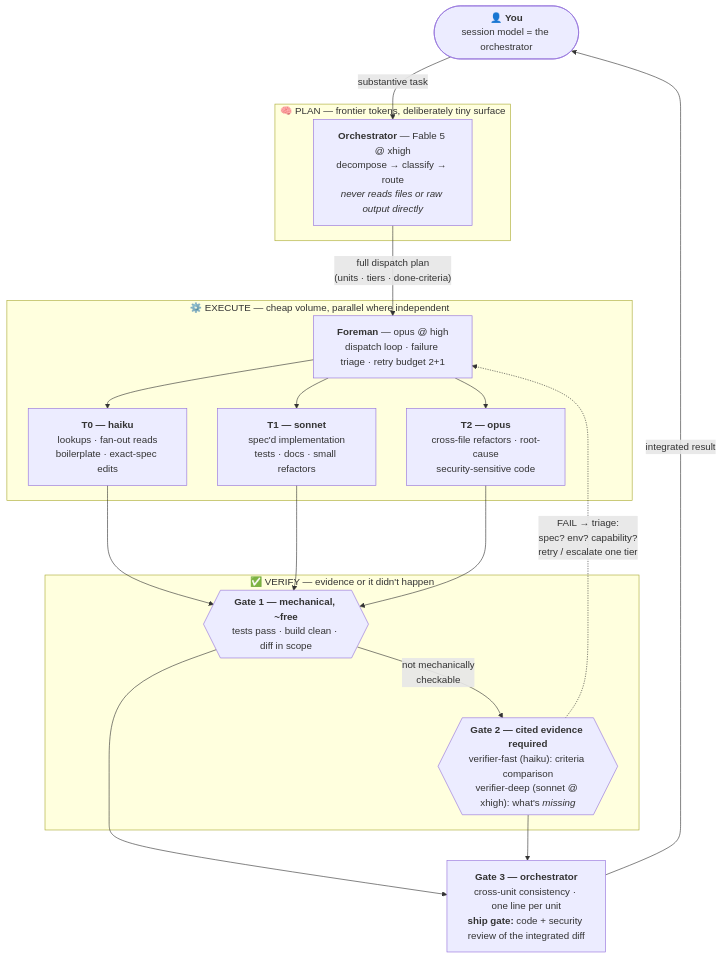
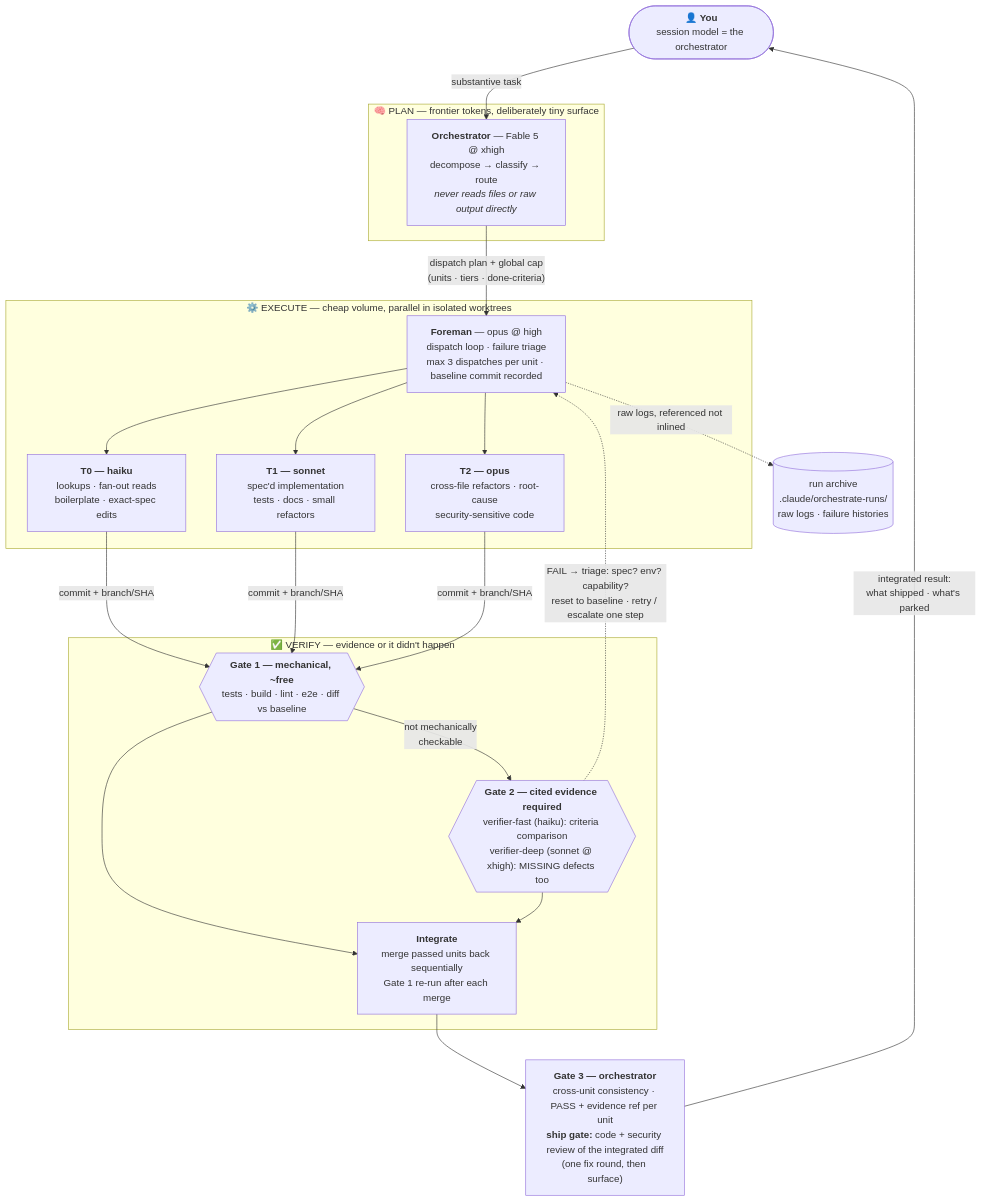
One commit to midego1/claude-orchestrate changed the diagram in README.md. Above: the diagram before and after it, drawn with Mermaid. The commit also changed other lines of this file, not shown here.

Commit message:
docs: bring 'How it works' diagram and flow text in line with v0.4.0 contract
Integrate step, run archive, evidence refs, 3-dispatch budget, global
cap, baseline resets, one-round ship gate, ≤3-unit direct-mode note.

````diff
--- a/README.md
+++ b/README.md
@@ -115,32 +115,36 @@
 ```mermaid
 flowchart TB
     YOU(["👤 <b>You</b><br/>session model = the orchestrator"])
 
     subgraph PLAN["&nbsp;🧠 PLAN — frontier tokens, deliberately tiny surface&nbsp;"]
         O["<b>Orchestrator</b> — Fable 5 @ xhigh<br/>decompose → classify → route<br/><i>never reads files or raw output directly</i>"]
     end
 
-    subgraph EXEC["&nbsp;⚙️ EXECUTE — cheap volume, parallel where independent&nbsp;"]
-        F["<b>Foreman</b> — opus @ high<br/>dispatch loop · failure triage · retry budget 2+1"]
+    subgraph EXEC["&nbsp;⚙️ EXECUTE — cheap volume, parallel in isolated worktrees&nbsp;"]
+        F["<b>Foreman</b> — opus @ high<br/>dispatch loop · failure triage<br/>max 3 dispatches per unit · baseline commit recorded"]
         W0["<b>T0 — haiku</b><br/>lookups · fan-out reads<br/>boilerplate · exact-spec edits"]
         W1["<b>T1 — sonnet</b><br/>spec'd implementation<br/>tests · docs · small refactors"]
         W2["<b>T2 — opus</b><br/>cross-file refactors · root-cause<br/>security-sensitive code"]
         F --> W0 & W1 & W2
     end
 
     subgraph VERIFY["&nbsp;✅ VERIFY — evidence or it didn't happen&nbsp;"]
-        G1{{"<b>Gate 1 — mechanical, ~free</b><br/>tests pass · build clean · diff in scope"}}
-        G2{{"<b>Gate 2 — cited evidence required</b><br/>verifier-fast (haiku): criteria comparison<br/>verifier-deep (sonnet @ xhigh): what's <i>missing</i>"}}
+        G1{{"<b>Gate 1 — mechanical, ~free</b><br/>tests · build · lint · e2e · diff vs baseline"}}
+        G2{{"<b>Gate 2 — cited evidence required</b><br/>verifier-fast (haiku): criteria comparison<br/>verifier-deep (sonnet @ xhigh): MISSING defects too"}}
+        MERGE["<b>Integrate</b><br/>merge passed units back sequentially<br/>Gate 1 re-run after each merge"]
     end
 
-    G3["<b>Gate 3 — orchestrator</b><br/>cross-unit consistency · one line per unit<br/><b>ship gate:</b> code + security review of the integrated diff"]
+    G3["<b>Gate 3 — orchestrator</b><br/>cross-unit consistency · PASS + evidence ref per unit<br/><b>ship gate:</b> code + security review of the integrated diff<br/>(one fix round, then surface)"]
+    AR[("run archive<br/>.claude/orchestrate-runs/<br/>raw logs · failure histories")]
 
     YOU -->|"substantive task"| O
-    O -->|"full dispatch plan<br/>(units · tiers · done-criteria)"| F
-    W0 & W1 & W2 --> G1
+    O -->|"dispatch plan + global cap<br/>(units · tiers · done-criteria)"| F
+    W0 & W1 & W2 -->|"commit + branch/SHA"| G1
     G1 -->|"not mechanically<br/>checkable"| G2
-    G1 --> G3
-    G2 --> G3
-    G2 -. "FAIL → triage:<br/>spec? env? capability?<br/>retry / escalate one tier" .-> F
-    G3 -->|"integrated result"| YOU
+    G1 --> MERGE
+    G2 --> MERGE
+    G2 -. "FAIL → triage: spec? env? capability?<br/>reset to baseline · retry / escalate one step" .-> F
+    F -.->|"raw logs, referenced not inlined"| AR
+    MERGE --> G3
+    G3 -->|"integrated result:<br/>what shipped · what's parked"| YOU
 ```
````
